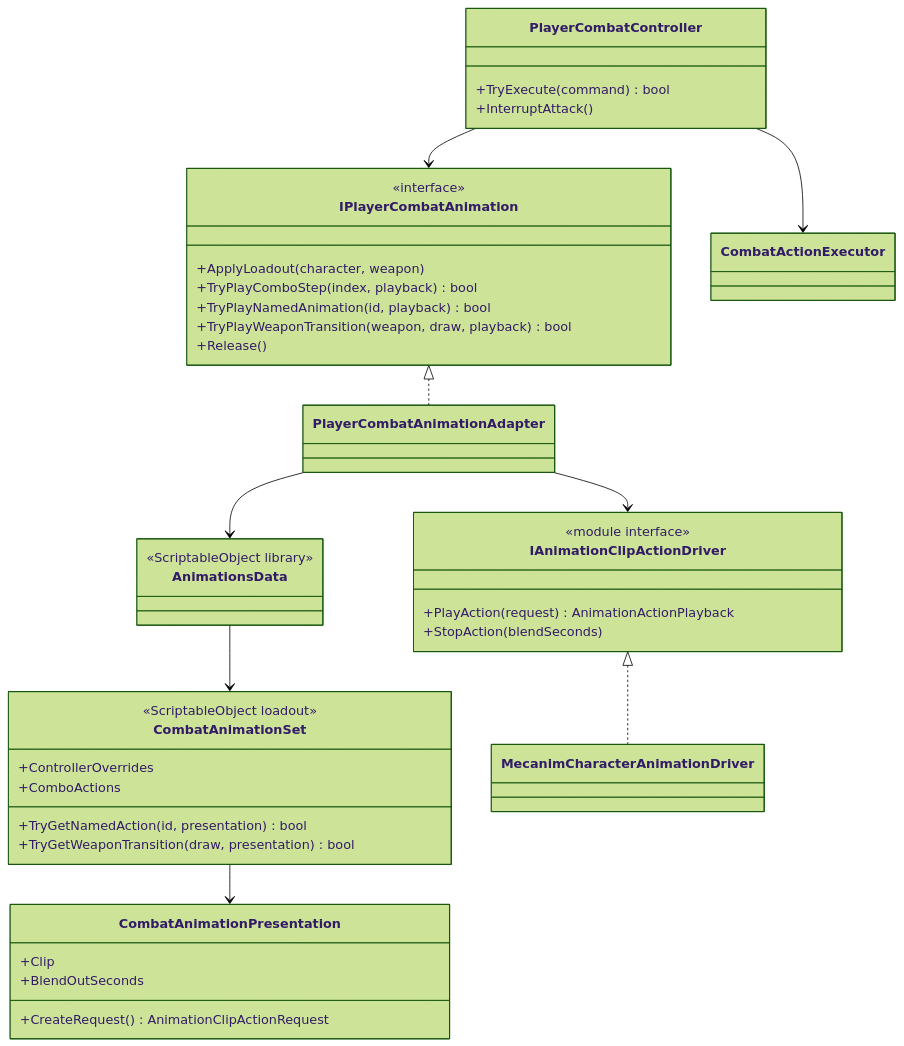
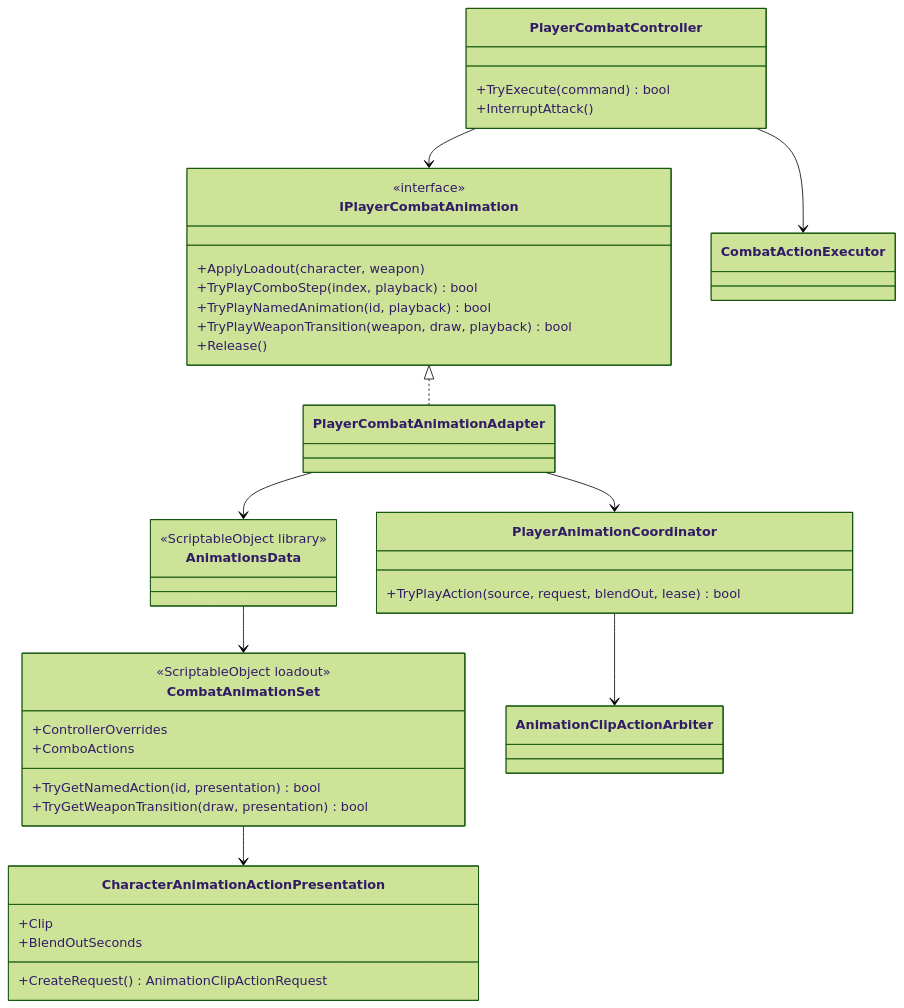
The diagram in Assets/_App/Core/Runtime/Combat/Player/README.md (MaximFonariuc/project-s), drawn with Mermaid (forest theme) before and after one commit. The commit also changed other lines of this file and 17 other files, not shown here.

Commit message:
refactor: arbitrate character animation actions

````diff
--- a/Assets/_App/Core/Runtime/Combat/Player/README.md
+++ b/Assets/_App/Core/Runtime/Combat/Player/README.md
@@ -9,47 +9,45 @@
 ```mermaid
 classDiagram
     class PlayerCombatController {
         +TryExecute(command) bool
         +InterruptAttack()
     }
     class IPlayerCombatAnimation {
         <<interface>>
         +ApplyLoadout(character, weapon)
         +TryPlayComboStep(index, playback) bool
         +TryPlayNamedAnimation(id, playback) bool
         +TryPlayWeaponTransition(weapon, draw, playback) bool
         +Release()
     }
     class PlayerCombatAnimationAdapter
     class AnimationsData {
         <<ScriptableObject library>>
     }
     class CombatAnimationSet {
         <<ScriptableObject loadout>>
         +ControllerOverrides
         +ComboActions
         +TryGetNamedAction(id, presentation) bool
         +TryGetWeaponTransition(draw, presentation) bool
     }
-    class CombatAnimationPresentation {
+    class CharacterAnimationActionPresentation {
         +Clip
         +BlendOutSeconds
         +CreateRequest() AnimationClipActionRequest
     }
-    class IAnimationClipActionDriver {
-        <<module interface>>
-        +PlayAction(request) AnimationActionPlayback
-        +StopAction(blendSeconds)
+    class PlayerAnimationCoordinator {
+        +TryPlayAction(source, request, blendOut, lease) bool
     }
-    class MecanimCharacterAnimationDriver
+    class AnimationClipActionArbiter
     class CombatActionExecutor
 
     PlayerCombatController --> IPlayerCombatAnimation
     PlayerCombatController --> CombatActionExecutor
     IPlayerCombatAnimation <|.. PlayerCombatAnimationAdapter
     PlayerCombatAnimationAdapter --> AnimationsData
-    PlayerCombatAnimationAdapter --> IAnimationClipActionDriver
+    PlayerCombatAnimationAdapter --> PlayerAnimationCoordinator
+    PlayerAnimationCoordinator --> AnimationClipActionArbiter
     AnimationsData --> CombatAnimationSet
-    CombatAnimationSet --> CombatAnimationPresentation
-    IAnimationClipActionDriver <|.. MecanimCharacterAnimationDriver
+    CombatAnimationSet --> CharacterAnimationActionPresentation
 ```
````
